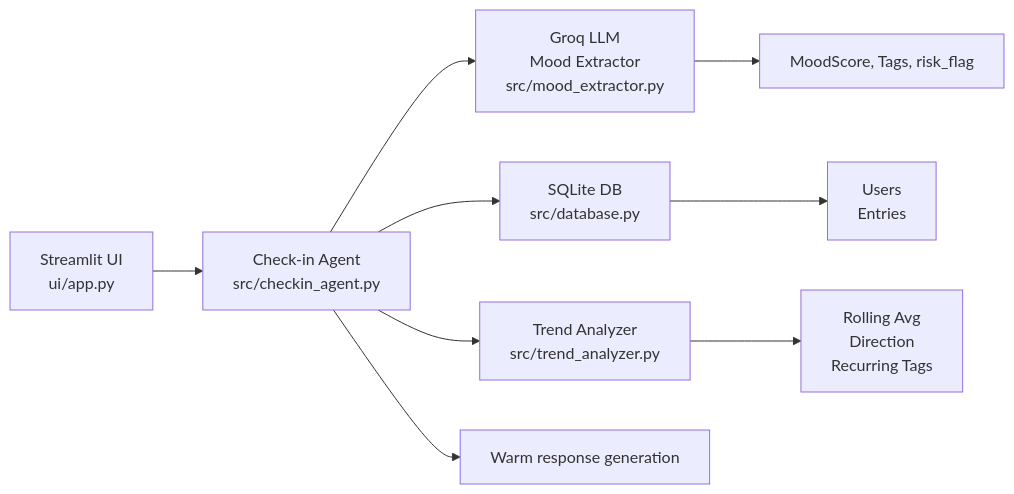
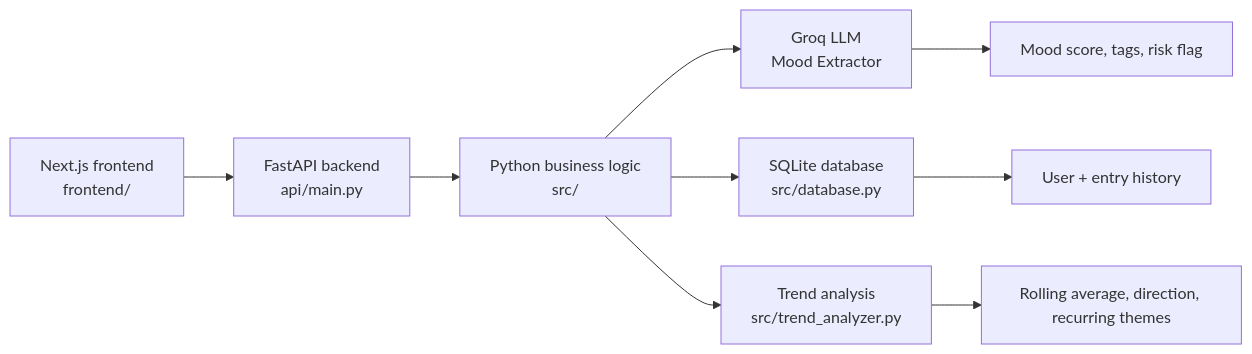
One commit to Anwesha2006/MindPulse changed the diagram in README.md. Above: the diagram before and after it, drawn with Mermaid. The commit also changed other lines of this file, not shown here.

````diff
--- a/README.md
+++ b/README.md
@@ -27,11 +19,11 @@
 ```mermaid
 flowchart LR
-    A[Streamlit UI\nui/app.py] --> B[Check-in Agent\nsrc/checkin_agent.py]
-    B --> C[Groq LLM\nMood Extractor\nsrc/mood_extractor.py]
-    B --> D[SQLite DB\nsrc/database.py]
-    B --> E[Trend Analyzer\nsrc/trend_analyzer.py]
-    C --> F[MoodScore, Tags, risk_flag]
-    D --> G[Users\nEntries]
-    E --> H[Rolling Avg\nDirection\nRecurring Tags]
-    B --> I[Warm response generation]
+    A[Next.js frontend\nfrontend/] --> B[FastAPI backend\napi/main.py]
+    B --> C[Python business logic\nsrc/]
+    C --> D[Groq LLM\nMood Extractor]
+    C --> E[SQLite database\nsrc/database.py]
+    C --> F[Trend analysis\nsrc/trend_analyzer.py]
+    D --> G[Mood score, tags, risk flag]
+    E --> H[User + entry history]
+    F --> I[Rolling average, direction, recurring themes]
 ```
````
